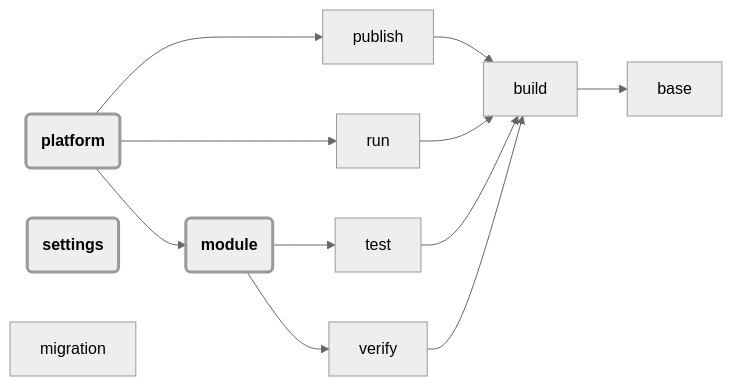
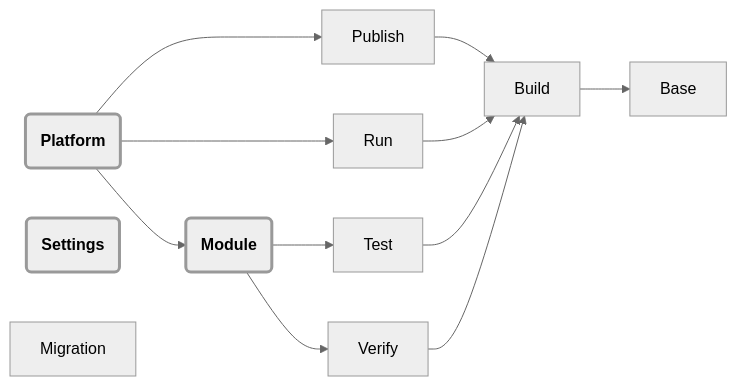
One commit to JetBrains/intellij-sdk-docs changed the diagram in topics/appendix/tools/intellij_platform_gradle_plugin/tools_intellij_platform_gradle_plugin_plugins.md. Above: the diagram before and after it, drawn with Mermaid (neutral theme).

Commit message:
tools_intellij_platform_gradle_plugin_plugins.md: Use consistent case in semantic names on the diagram

````diff
--- a/topics/appendix/tools/intellij_platform_gradle_plugin/tools_intellij_platform_gradle_plugin_plugins.md
+++ b/topics/appendix/tools/intellij_platform_gradle_plugin/tools_intellij_platform_gradle_plugin_plugins.md
@@ -22,37 +22,37 @@
 ```mermaid
 flowchart LR
-    platform("<b>platform</b>")
-    module("<b>module</b>")
-    settings("<b>settings</b>")
-    migration
+    Platform("<b>Platform</b>")
+    Module("<b>Module</b>")
+    Settings("<b>Settings</b>")
+    Migration
 
-    base
-    build
-    test
-    verify
-    run
-    publish
+    Base
+    Build
+    Test
+    Verify
+    Run
+    Publish
 
-    build --> base
-    publish --> build
-    run --> build
-    test --> build
-    verify --> build
-    module --> test & verify
-    platform --> publish & run & module
+    Build --> Base
+    Publish --> Build
+    Run --> Build
+    Test --> Build
+    Verify --> Build
+    Module --> Test & Verify
+    Platform --> Publish & Run & Module
 
-    click platform "#platform"
-    click module "#module"
-    click settings "#settings"
-    click migration "#migration"
-    click base "#base"
-    click build "#build"
-    click test "#test"
-    click verify "#verify"
-    click run "#run"
-    click publish "#publish"
+    click Platform "#platform"
+    click Module "#module"
+    click Settings "#settings"
+    click Migration "#migration"
+    click Base "#base"
+    click Build "#build"
+    click Test "#test"
+    click Verify "#verify"
+    click Run "#run"
+    click Publish "#publish"
 
-    style platform stroke-width: 3px
-    style module stroke-width: 3px
-    style settings stroke-width: 3px
+    style Platform stroke-width: 3px
+    style Module stroke-width: 3px
+    style Settings stroke-width: 3px
 ```
````
